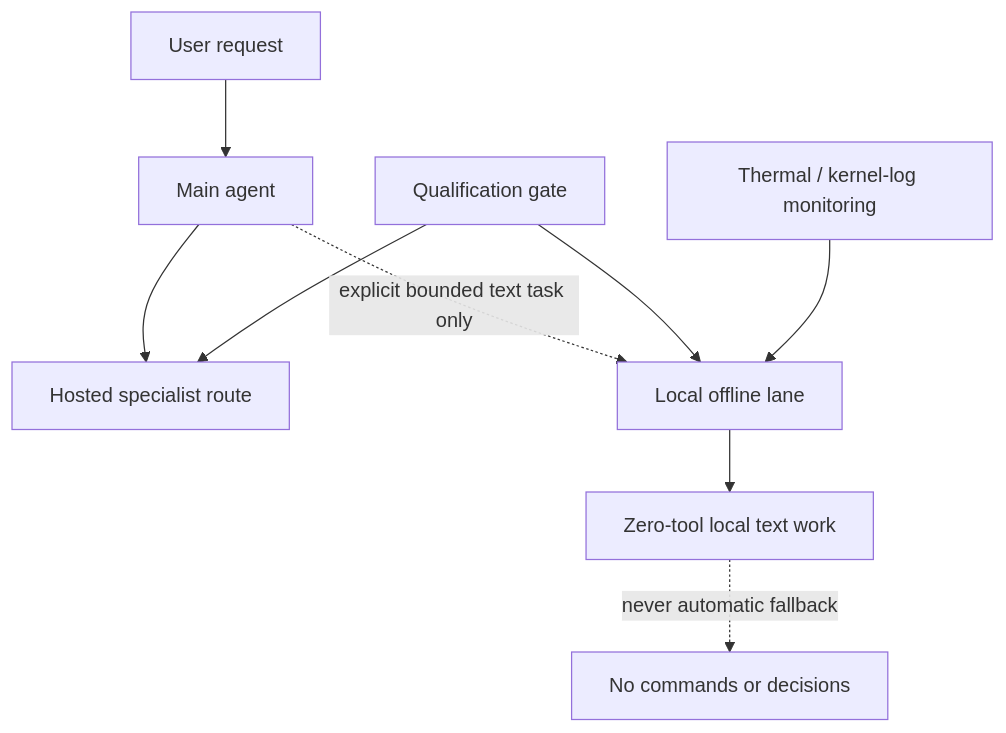
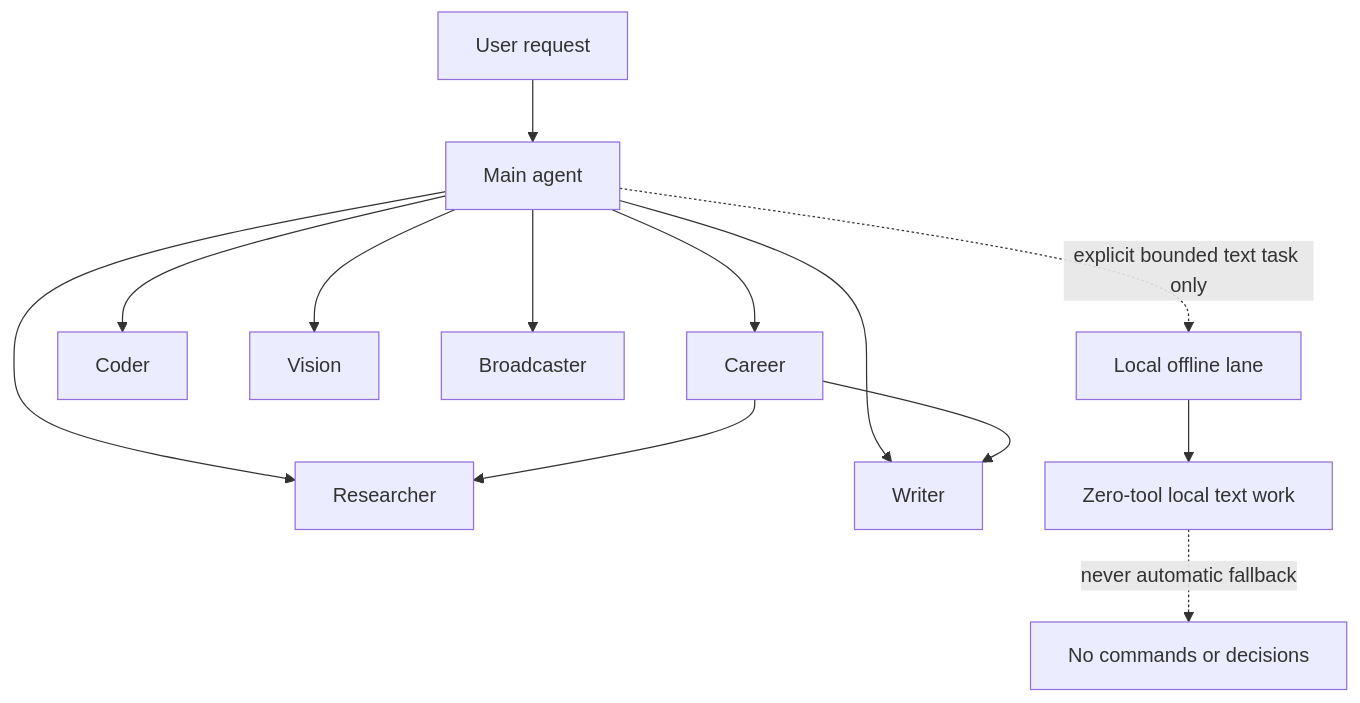
The diagram in docs/architecture.md (smilidon/macpro-openclaw-infrastructure-case-study), drawn with Mermaid before and after one commit. The commit also changed other lines of this file, not shown here.

Commit message:
docs: document verified multi-agent architecture

````diff
--- a/docs/architecture.md
+++ b/docs/architecture.md
@@ -5,11 +5,15 @@
 ```mermaid
 flowchart TD
     R[User request] --> M[Main agent]
-    M --> H[Hosted specialist route]
+    M --> C[Career]
+    M --> RS[Researcher]
+    M --> W[Writer]
+    M --> CD[Coder]
+    M --> V[Vision]
+    M --> B[Broadcaster]
     M -. explicit bounded text task only .-> L[Local offline lane]
+    C --> RS
+    C --> W
     L --> Z[Zero-tool local text work]
     Z -. never automatic fallback .-> X[No commands or decisions]
-    Q[Qualification gate] --> H
-    Q --> L
-    T[Thermal / kernel-log monitoring] --> L
 ```
````
